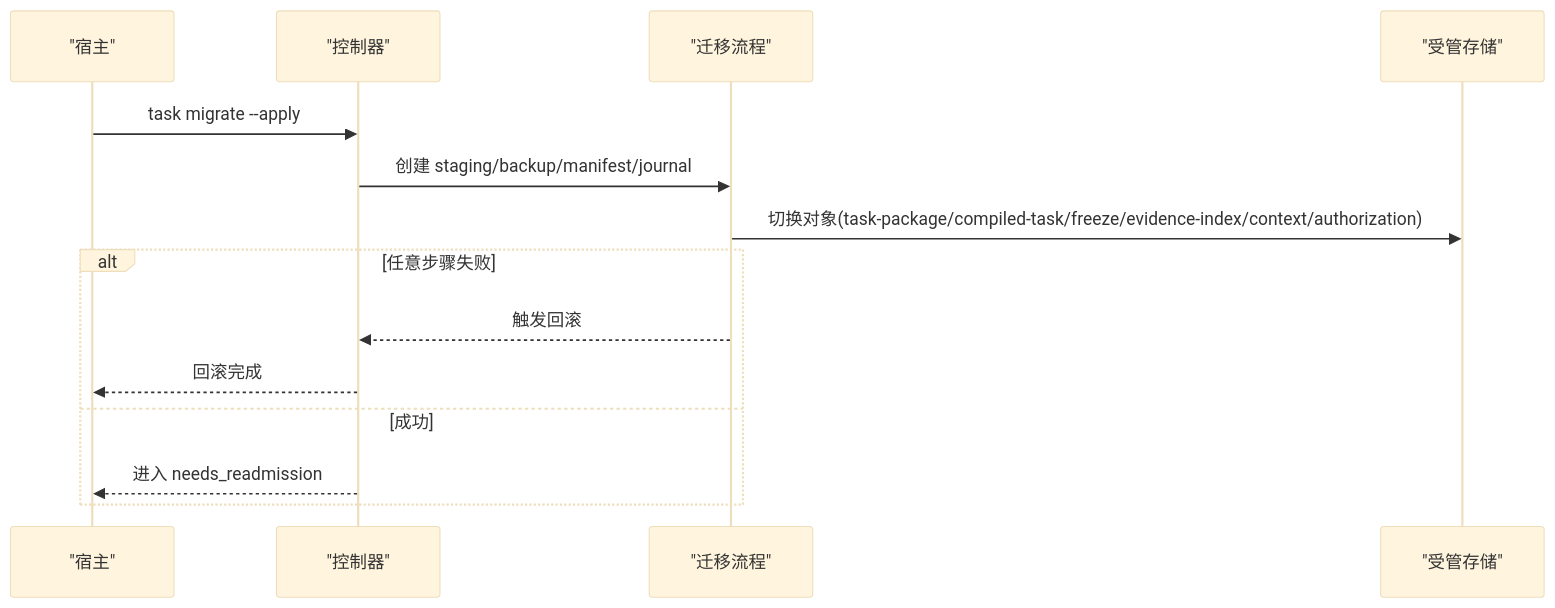
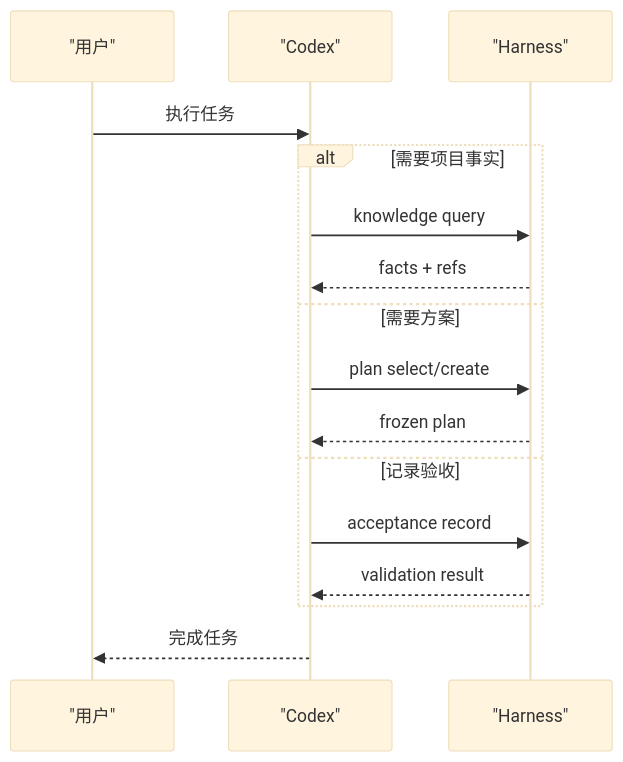
The third of 9 diagrams in .qoder/repowiki/zh/content/证据系统/证据系统.md (HackSing/docs-harness), drawn with Mermaid (base theme) before and after one commit. The commit also changed other lines of this file and 42 other files, not shown here.

````diff
--- a/.qoder/repowiki/zh/content/证据系统/证据系统.md
+++ b/.qoder/repowiki/zh/content/证据系统/证据系统.md
@@ -181,16 +126,18 @@
 ```mermaid
 sequenceDiagram
-participant Host as "宿主"
-participant Controller as "控制器"
-participant Migration as "迁移流程"
-participant Store as "受管存储"
-Host->>Controller : task migrate --apply
-Controller->>Migration : 创建 staging/backup/manifest/journal
-Migration->>Store : 切换对象(task-package/compiled-task/freeze/evidence-index/context/authorization)
-alt 任意步骤失败
-Migration-->>Controller : 触发回滚
-Controller-->>Host : 回滚完成
-else 成功
-Controller-->>Host : 进入 needs_readmission
+participant User as "用户"
+participant Codex as "Codex"
+participant Harness as "Harness"
+User->>Codex : 执行任务
+alt 需要项目事实
+Codex->>Harness : knowledge query
+Harness-->>Codex : facts + refs
+else 需要方案
+Codex->>Harness : plan select/create
+Harness-->>Codex : frozen plan
+else 记录验收
+Codex->>Harness : acceptance record
+Harness-->>Codex : validation result
 end
+Codex-->>User : 完成任务
 ```
````
